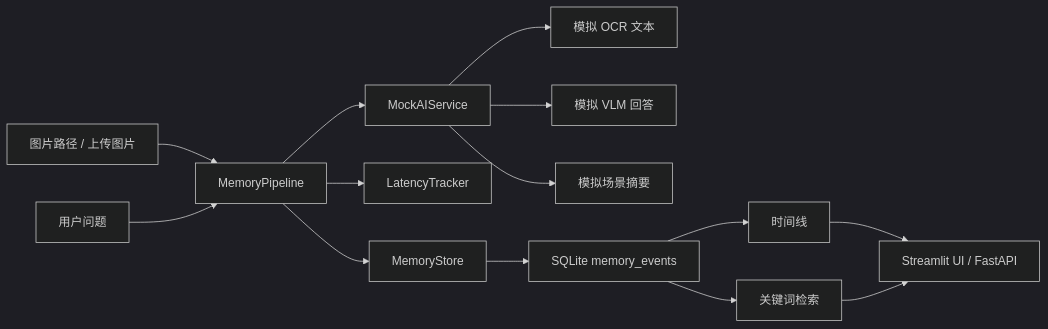
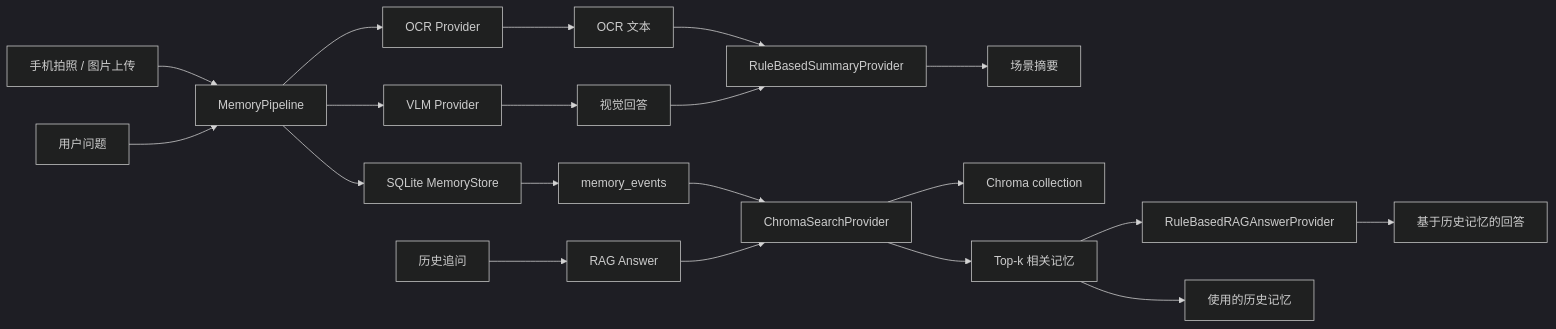
Before and after one commit to bashirmusamagaji19-debug/Arglasses: the diagram in docs/architecture/system-architecture.md, drawn with Mermaid (dark theme). The commit also changed other lines of this file and 5 other files, not shown here.

````diff
--- a/docs/architecture/system-architecture.md
+++ b/docs/architecture/system-architecture.md
@@ -9,16 +15,22 @@
 ```mermaid
 flowchart LR
-    A["图片路径 / 上传图片"] --> B["MemoryPipeline"]
+    A["手机拍照 / 图片上传"] --> B["MemoryPipeline"]
     C["用户问题"] --> B
-    B --> D["MockAIService"]
-    D --> E["模拟 OCR 文本"]
-    D --> F["模拟 VLM 回答"]
-    D --> G["模拟场景摘要"]
-    B --> H["LatencyTracker"]
-    B --> I["MemoryStore"]
-    I --> J["SQLite memory_events"]
-    J --> K["时间线"]
-    J --> L["关键词检索"]
-    K --> M["Streamlit UI / FastAPI"]
-    L --> M
+    B --> D["OCR Provider"]
+    B --> E["VLM Provider"]
+    D --> F["OCR 文本"]
+    E --> G["视觉回答"]
+    F --> H["RuleBasedSummaryProvider"]
+    G --> H
+    H --> I["场景摘要"]
+    B --> J["SQLite MemoryStore"]
+    J --> K["memory_events"]
+    K --> L["ChromaSearchProvider"]
+    L --> M["Chroma collection"]
+    N["历史追问"] --> O["RAG Answer"]
+    O --> L
+    L --> P["Top-k 相关记忆"]
+    P --> Q["RuleBasedRAGAnswerProvider"]
+    Q --> R["基于历史记忆的回答"]
+    P --> S["使用的历史记忆"]
 ```
````
